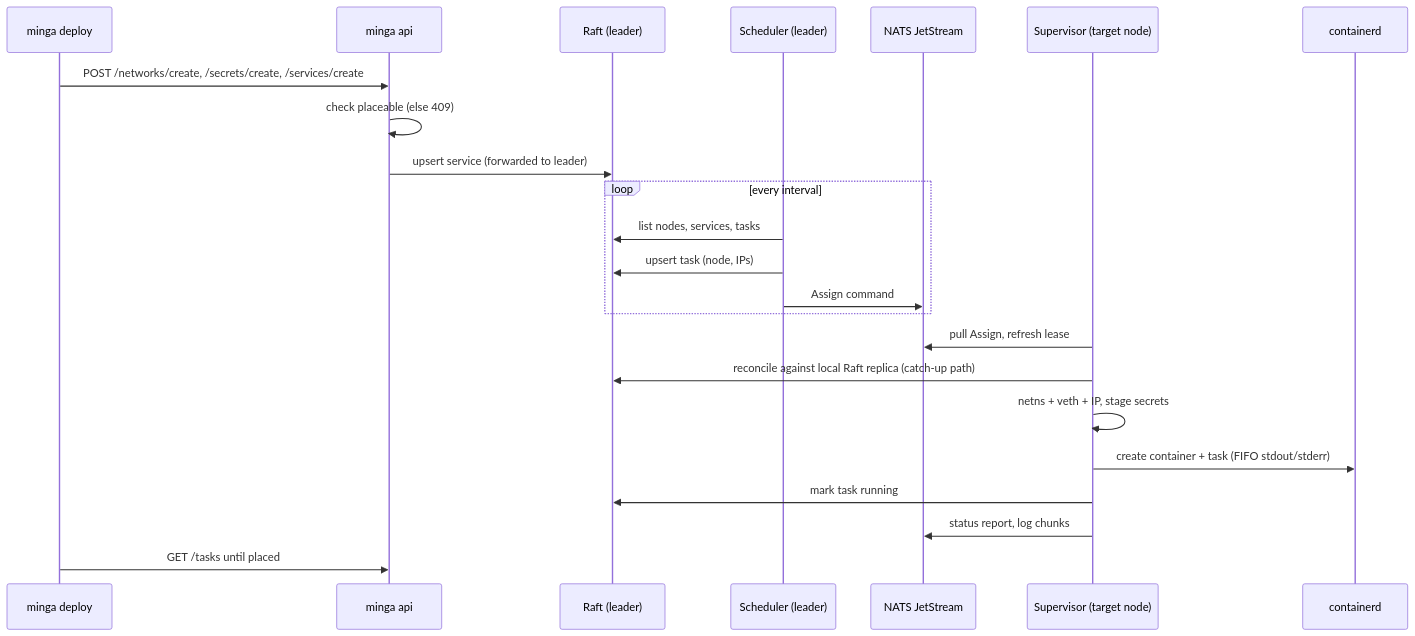
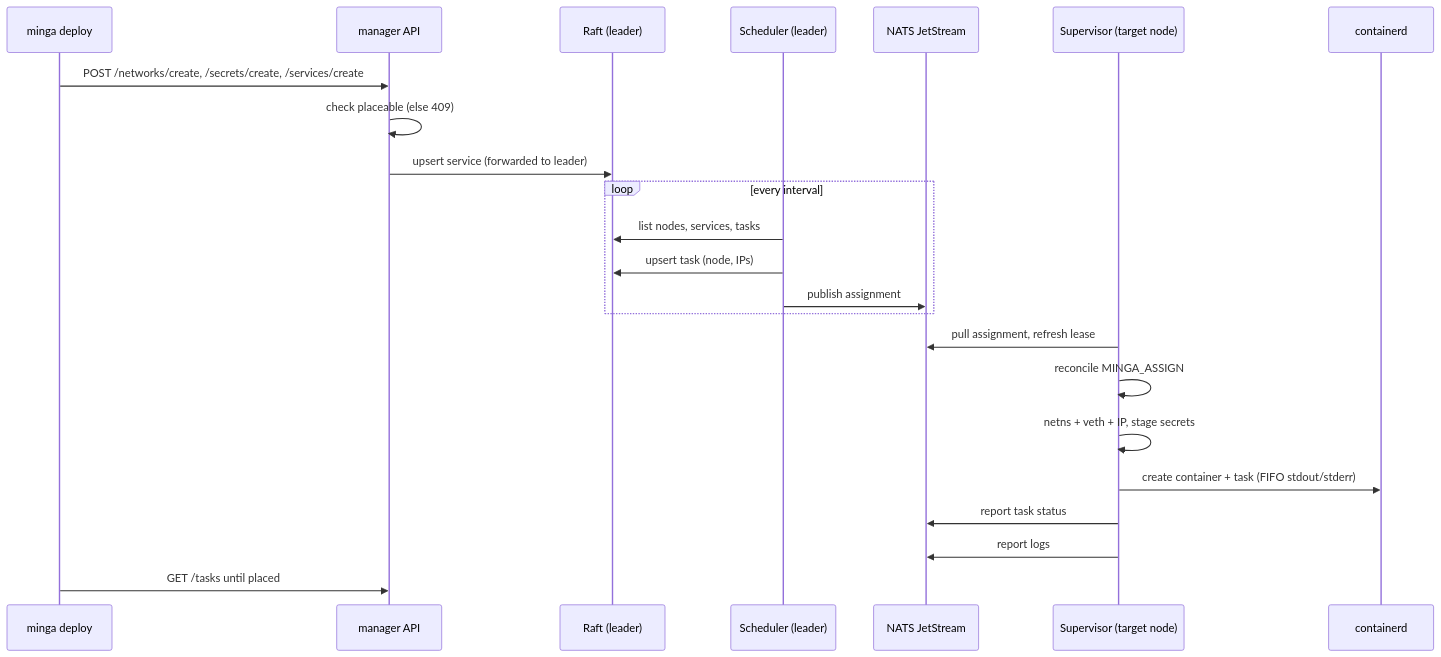
The second of 4 diagrams in README.md (lithqube/minga), drawn with Mermaid before and after one commit. The commit also changed other lines of this file and 6 other files, not shown here.

Commit message:
Phase 12-06: fold API into manager

````diff
--- a/README.md
+++ b/README.md
@@ -107,26 +105,26 @@
 ```mermaid
 sequenceDiagram
   participant U as minga deploy
-  participant A as minga api
+  participant A as manager API
   participant R as Raft (leader)
   participant S as Scheduler (leader)
   participant B as NATS JetStream
   participant N as Supervisor (target node)
   participant C as containerd
 
   U->>A: POST /networks/create, /secrets/create, /services/create
   A->>A: check placeable (else 409)
   A->>R: upsert service (forwarded to leader)
   loop every interval
     S->>R: list nodes, services, tasks
     S->>R: upsert task (node, IPs)
-    S->>B: Assign command
+    S->>B: publish assignment
   end
-  N->>B: pull Assign, refresh lease
-  N->>R: reconcile against local Raft replica (catch-up path)
+  N->>B: pull assignment, refresh lease
+  N->>N: reconcile MINGA_ASSIGN
   N->>N: netns + veth + IP, stage secrets
   N->>C: create container + task (FIFO stdout/stderr)
-  N->>R: mark task running
-  N->>B: status report, log chunks
+  N->>B: report task status
+  N->>B: report logs
   U->>A: GET /tasks until placed
 ```
````
